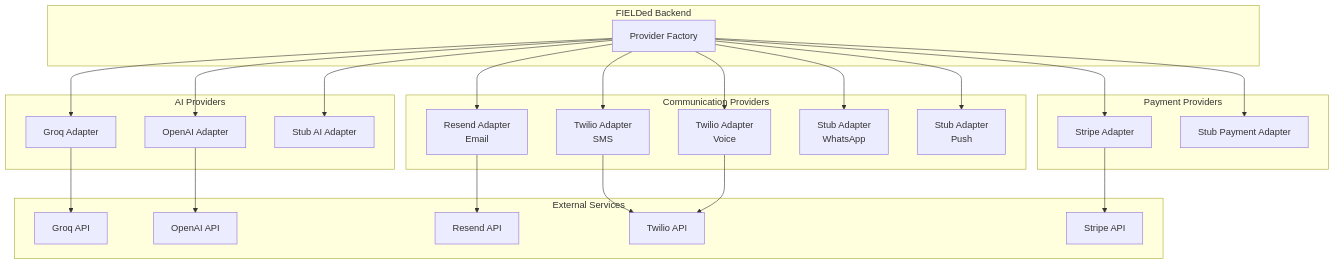
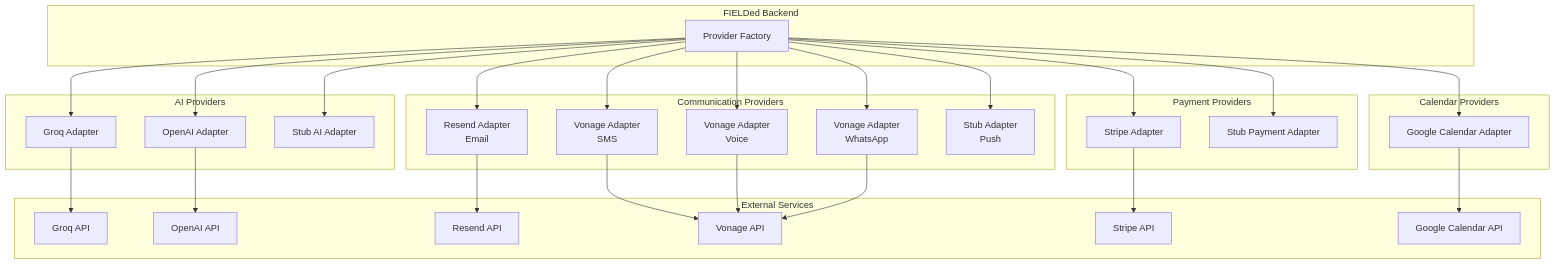
Diagram 13 of 18 in docs/fielded/ARCHITECTURE-DIAGRAMS.md (infamous-rebel/FIELDed.online), drawn with Mermaid before and after one commit. The commit also changed other lines of this file and 18 other files, not shown here.

Commit message:
docs: update production architecture and verification

````diff
--- a/docs/fielded/ARCHITECTURE-DIAGRAMS.md
+++ b/docs/fielded/ARCHITECTURE-DIAGRAMS.md
@@ -922,53 +925,61 @@
 ```mermaid
 graph TB
     subgraph "FIELDed Backend"
         ProviderFactory[Provider Factory]
     end
     
     subgraph "AI Providers"
         GroqAdapter[Groq Adapter]
         OpenAIAdapter[OpenAI Adapter]
         StubAIAdapter[Stub AI Adapter]
     end
     
     subgraph "Communication Providers"
         ResendAdapter[Resend Adapter<br/>Email]
-        TwilioSMSAdapter[Twilio Adapter<br/>SMS]
-        TwilioVoiceAdapter[Twilio Adapter<br/>Voice]
-        StubWhatsAppAdapter[Stub Adapter<br/>WhatsApp]
+        VonageSMSAdapter[Vonage Adapter<br/>SMS]
+        VonageVoiceAdapter[Vonage Adapter<br/>Voice]
+        VonageWhatsAppAdapter[Vonage Adapter<br/>WhatsApp]
         StubPushAdapter[Stub Adapter<br/>Push]
     end
     
     subgraph "Payment Providers"
         StripeAdapter[Stripe Adapter]
         StubPaymentAdapter[Stub Payment Adapter]
     end
     
+    subgraph "Calendar Providers"
+        GoogleCalendarAdapter[Google Calendar Adapter]
+    end
+    
     subgraph "External Services"
         Groq[Groq API]
         OpenAI[OpenAI API]
         Resend[Resend API]
-        Twilio[Twilio API]
+        Vonage[Vonage API]
         Stripe[Stripe API]
+        GoogleCalendar[Google Calendar API]
     end
     
     ProviderFactory --> GroqAdapter
     ProviderFactory --> OpenAIAdapter
     ProviderFactory --> StubAIAdapter
     
     ProviderFactory --> ResendAdapter
-    ProviderFactory --> TwilioSMSAdapter
-    ProviderFactory --> TwilioVoiceAdapter
-    ProviderFactory --> StubWhatsAppAdapter
+    ProviderFactory --> VonageSMSAdapter
+    ProviderFactory --> VonageVoiceAdapter
+    ProviderFactory --> VonageWhatsAppAdapter
     ProviderFactory --> StubPushAdapter
+    ProviderFactory --> GoogleCalendarAdapter
     
     ProviderFactory --> StripeAdapter
     ProviderFactory --> StubPaymentAdapter
     
     GroqAdapter --> Groq
     OpenAIAdapter --> OpenAI
     ResendAdapter --> Resend
-    TwilioSMSAdapter --> Twilio
-    TwilioVoiceAdapter --> Twilio
+    VonageSMSAdapter --> Vonage
+    VonageVoiceAdapter --> Vonage
+    VonageWhatsAppAdapter --> Vonage
+    GoogleCalendarAdapter --> GoogleCalendar
     StripeAdapter --> Stripe
 ```
````
